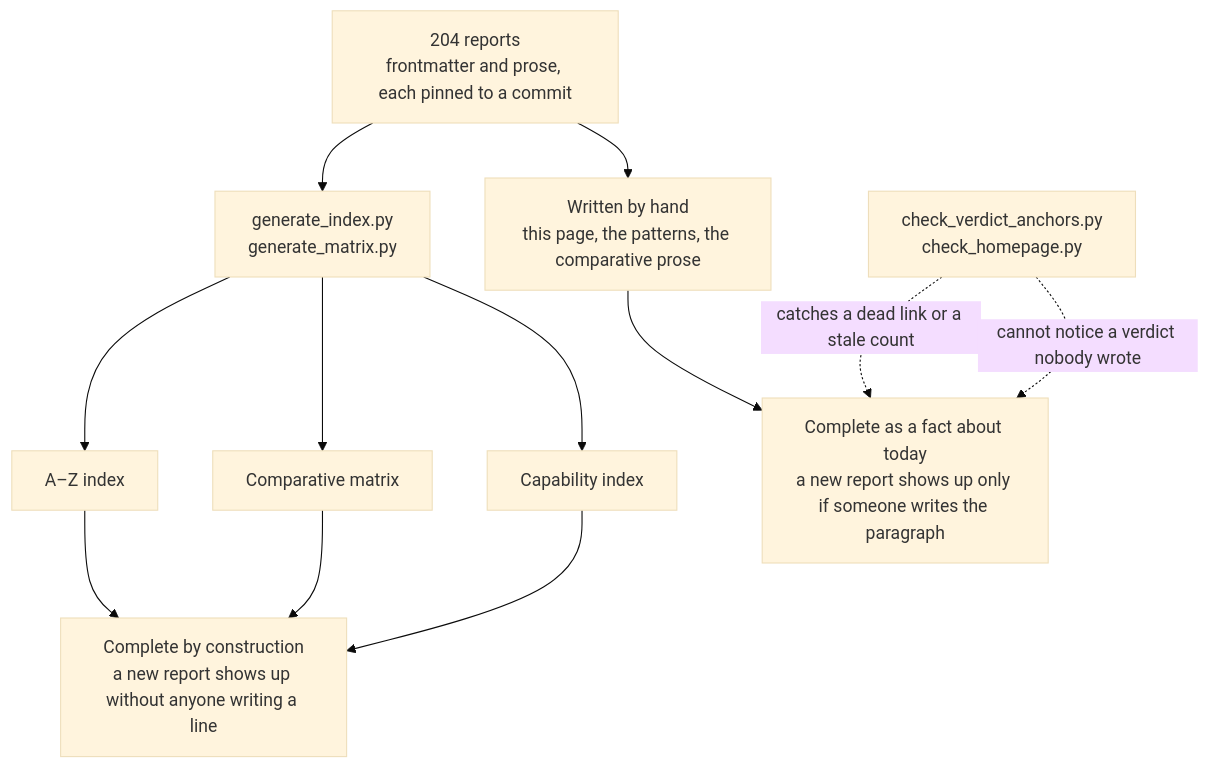
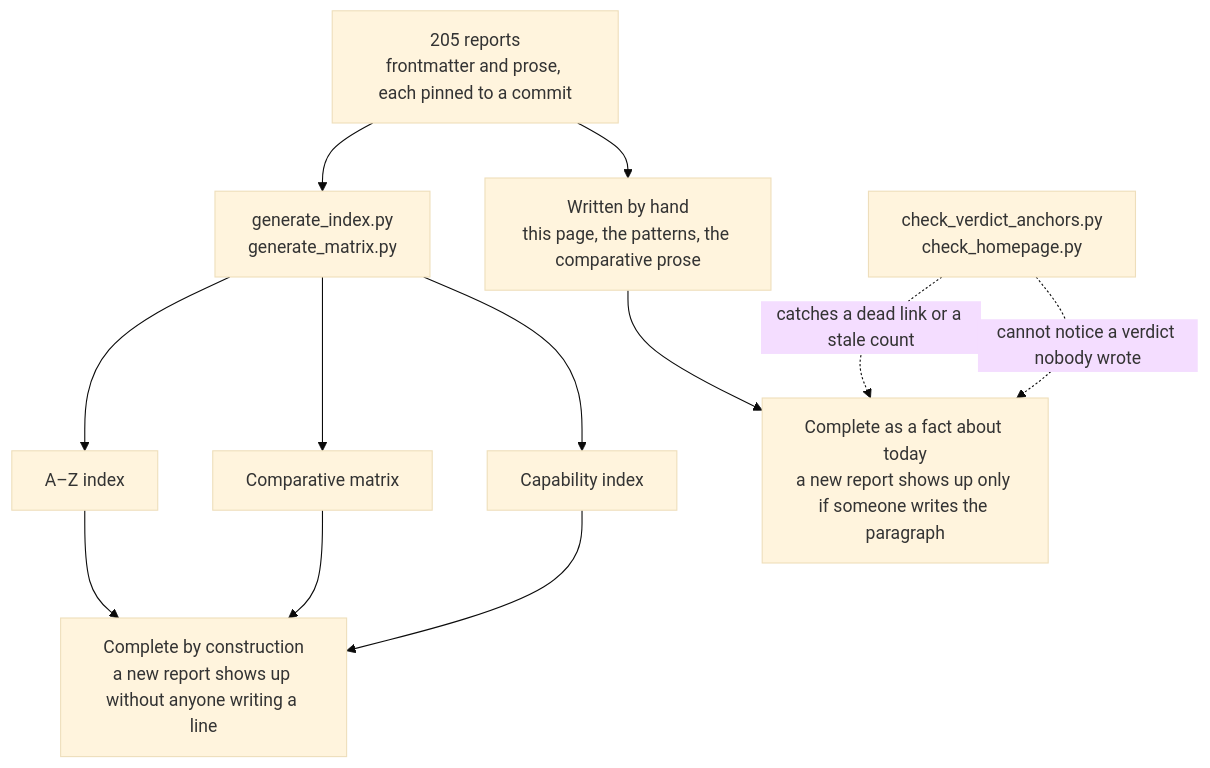
One commit to neoneye/agent-memory-atlas changed the diagram in content/verdicts.md. Above: the diagram before and after it, drawn with Mermaid (base theme). The commit also changed other lines of this file and 19 other files, not shown here.

````diff
--- a/content/verdicts.md
+++ b/content/verdicts.md
@@ -40,15 +40,15 @@
 ```mermaid
 flowchart TD
-    R["204 reports<br/>frontmatter and prose, each pinned to a commit"]
+    R["205 reports<br/>frontmatter and prose, each pinned to a commit"]
     R --> GEN["generate_index.py<br/>generate_matrix.py"]
     R --> HAND["Written by hand<br/>this page, the patterns, the comparative prose"]
     GEN --> AZ["A–Z index"]
     GEN --> MX["Comparative matrix"]
     GEN --> CI["Capability index"]
     AZ --> CONST["Complete by construction<br/>a new report shows up without anyone writing a line"]
     MX --> CONST
     CI --> CONST
     HAND --> TODAY["Complete as a fact about today<br/>a new report shows up only if someone writes the paragraph"]
     CHK["check_verdict_anchors.py<br/>check_homepage.py"] -.->|"catches a dead link or a stale count"| TODAY
     CHK -.->|"cannot notice a verdict nobody wrote"| TODAY
 ```
````
